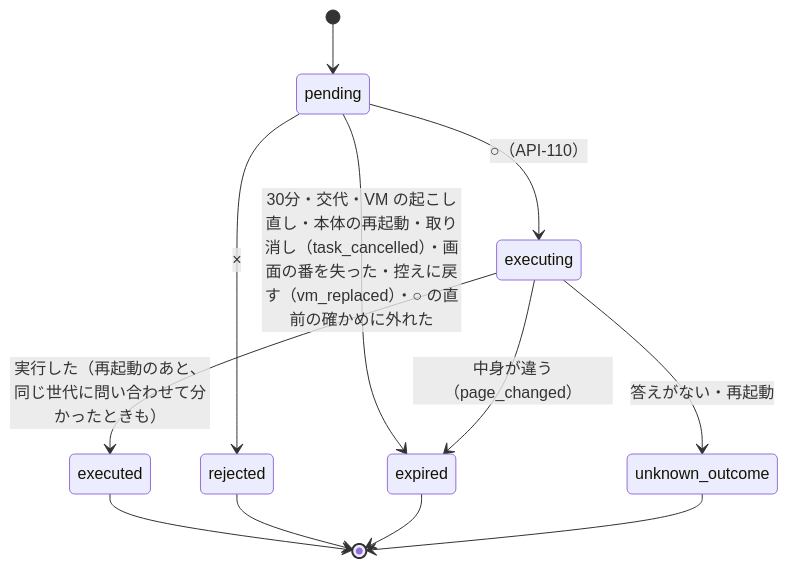
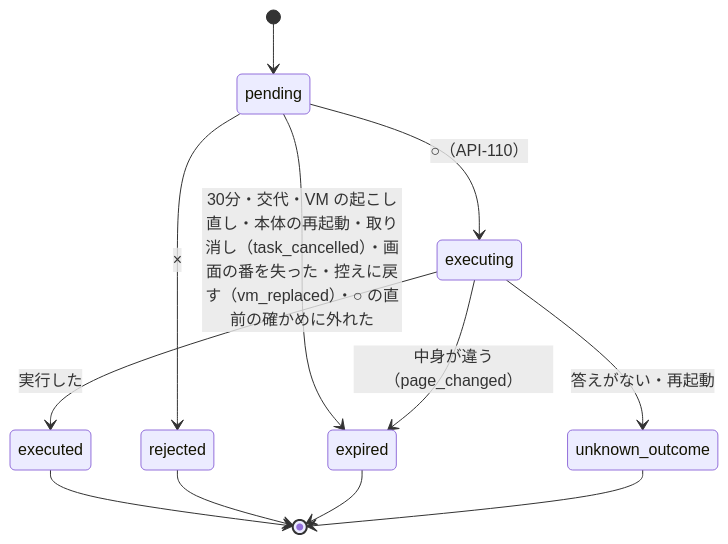
The ninth of 12 diagrams in docs/design/10_diagrams/states.md (itiwoja/agent-team), drawn with Mermaid before and after one commit. The commit also changed other lines of this file and 34 other files, not shown here.

````diff
--- a/docs/design/10_diagrams/states.md
+++ b/docs/design/10_diagrams/states.md
@@ -110,14 +105,14 @@
 ```mermaid
 stateDiagram-v2
  [*] --> pending
  pending --> executing : ○（API-110）
  pending --> rejected : ×
  pending --> expired : 30分・交代・VM の起こし直し・本体の再起動・取り消し（task_cancelled）・画面の番を失った・控えに戻す（vm_replaced）・○ の直前の確かめに外れた
- executing --> executed : 実行した（再起動のあと、同じ世代に問い合わせて分かったときも）
+ executing --> executed : 実行した
  executing --> expired : 中身が違う（page_changed）
  executing --> unknown_outcome : 答えがない・再起動
  executed --> [*]
  rejected --> [*]
  expired --> [*]
  unknown_outcome --> [*]
 ```
````
